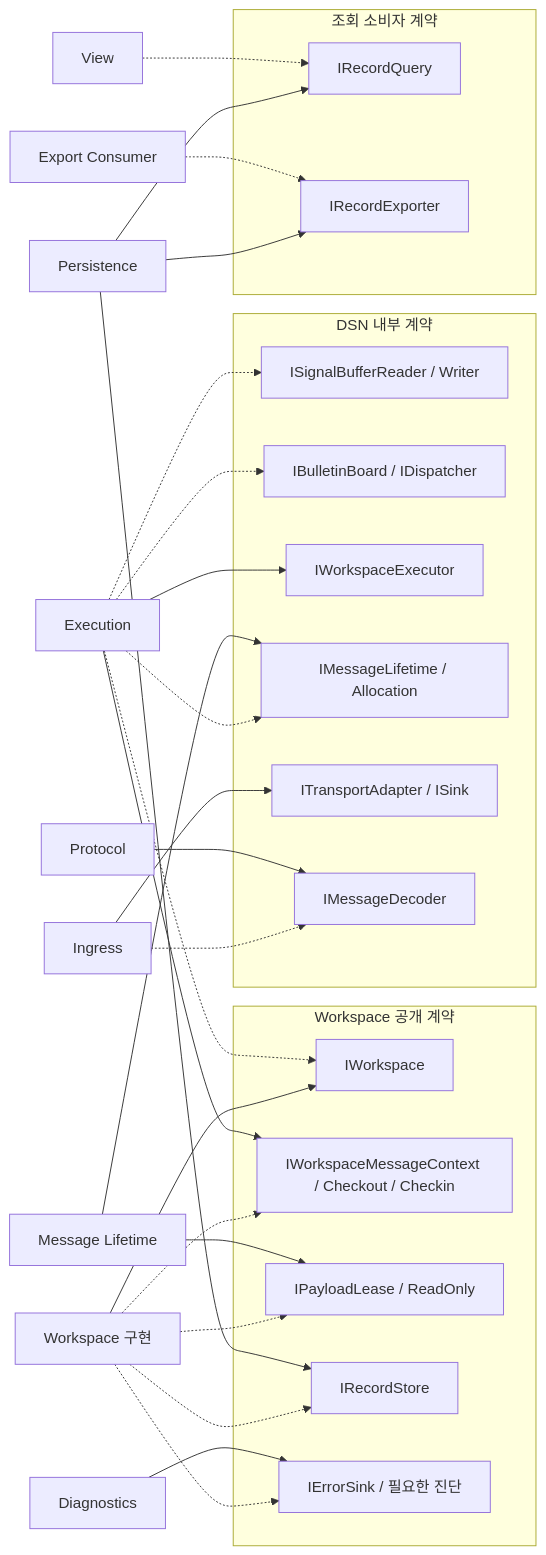
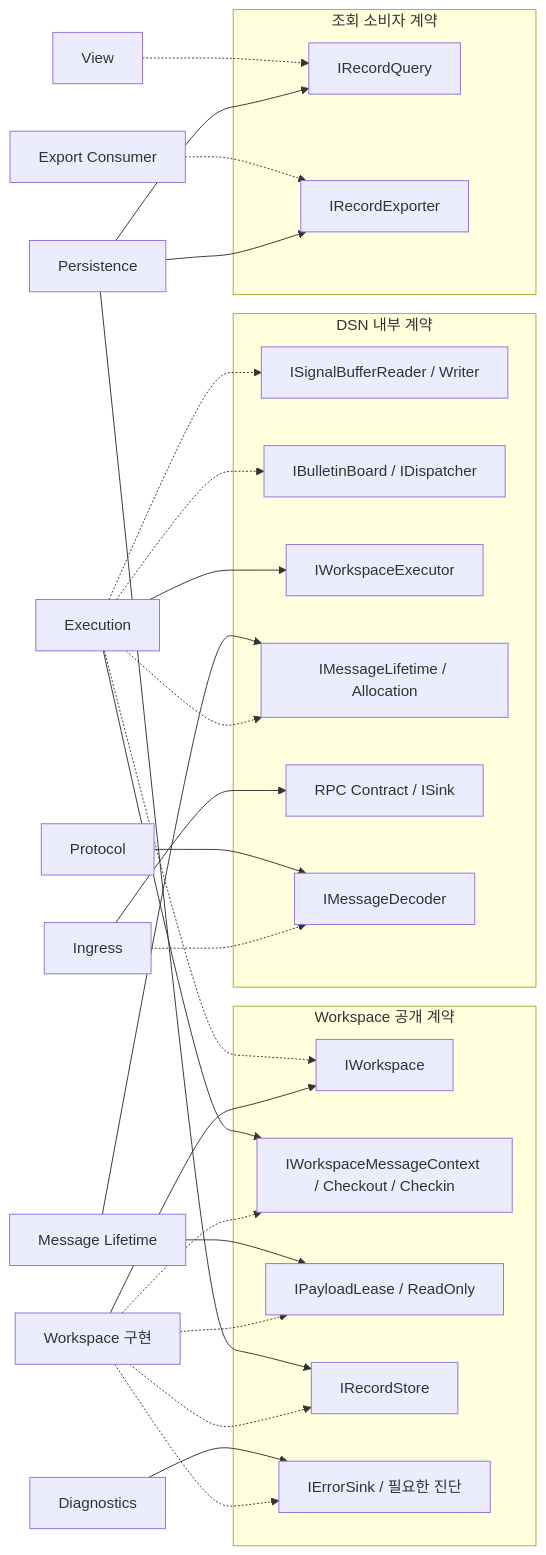
The third of 4 diagrams in docs/arch/07-types-and-interfaces.md (south-hive/project-dsn), drawn with Mermaid before and after one commit. The commit also changed other lines of this file and 26 other files, not shown here.

````diff
--- a/docs/arch/07-types-and-interfaces.md
+++ b/docs/arch/07-types-and-interfaces.md
@@ -143,44 +145,44 @@
 ```mermaid
 flowchart LR
     subgraph PluginAPI["Workspace 공개 계약"]
         IW["IWorkspace"]
         IC["IWorkspaceMessageContext / Checkout / Checkin"]
         IL["IPayloadLease / ReadOnly"]
         IS["IRecordStore"]
         IE["IErrorSink / 필요한 진단"]
     end
     Plugin["Workspace 구현"] --> IW
     Plugin -.-> IC
     Plugin -.-> IL
     Plugin -.-> IS
     Plugin -.-> IE
     Exec["Execution"] -.-> IW
     Exec --> IC
     Memory["Message Lifetime"] --> IL
     Store["Persistence"] --> IS
     Errors["Diagnostics"] --> IE
     subgraph InternalAPI["DSN 내부 계약"]
         QR["ISignalBufferReader / Writer"]
         BB["IBulletinBoard / IDispatcher"]
         EX["IWorkspaceExecutor"]
         ML["IMessageLifetime / Allocation"]
-        TP["ITransportAdapter / ISink"]
+        TP["RPC Contract / ISink"]
         DC["IMessageDecoder"]
     end
     Exec -.-> QR
     Exec -.-> BB
     Exec --> EX
     Exec -.-> ML
     Memory --> ML
     Ingress["Ingress"] --> TP
     Ingress -.-> DC
     Protocol["Protocol"] --> DC
     subgraph QueryAPI["조회 소비자 계약"]
         RQ["IRecordQuery"]
         RE["IRecordExporter"]
     end
     Store --> RQ
     Store --> RE
     View["View"] -.-> RQ
     Export["Export Consumer"] -.-> RE
 ```
````
